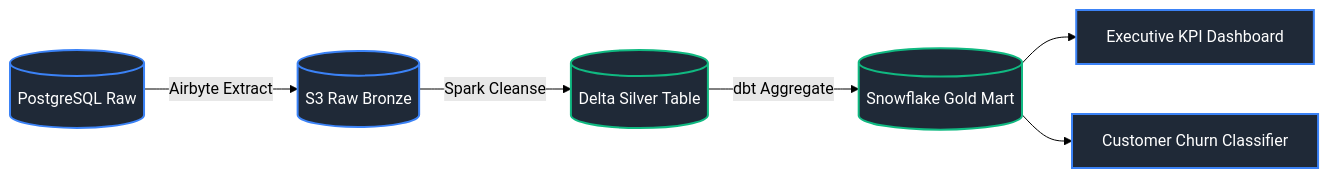
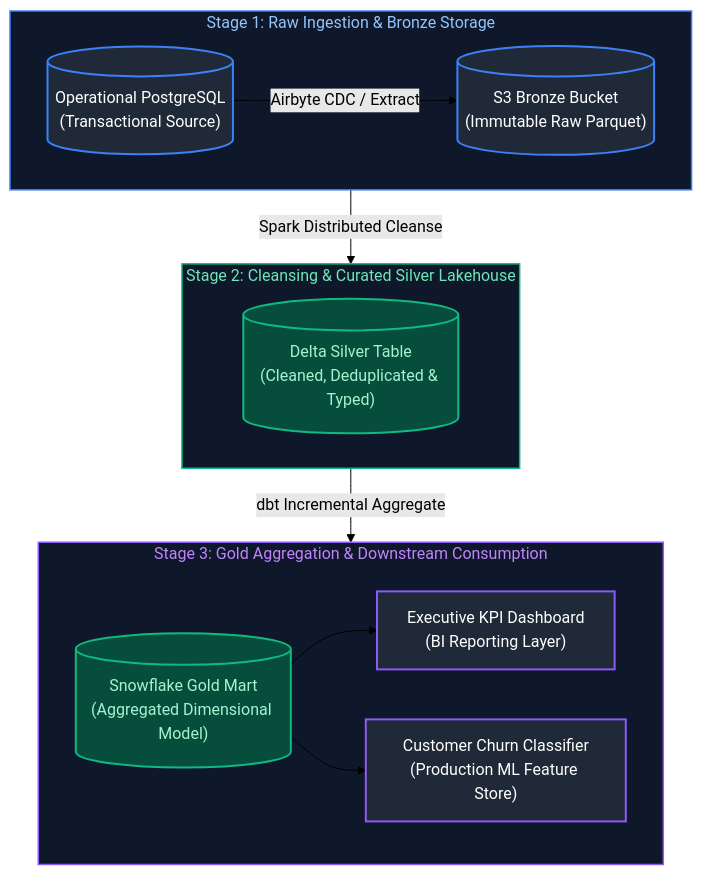
Diagram 20 of 22 in Data Engineering/06_data_architecture_and_modeling.md (joydeep-biswas/Interview-Preparation), drawn with Mermaid (forest theme) before and after one commit. The commit also changed other lines of this file and 76 other files, not shown here.

Commit message:
Updated Charts

````diff
--- a/Data Engineering/06_data_architecture_and_modeling.md
+++ b/Data Engineering/06_data_architecture_and_modeling.md
@@ -1042,15 +1065,32 @@
 ```mermaid
-flowchart LR
-    SourceDB[(PostgreSQL Raw)] -->|Airbyte Extract| S3Raw[(S3 Raw Bronze)]
-    S3Raw -->|Spark Cleanse| DeltaSilver[(Delta Silver Table)]
-    DeltaSilver -->|dbt Aggregate| GoldMart[(Snowflake Gold Mart)]
-    GoldMart --> Tableau[Executive KPI Dashboard]
-    GoldMart --> MLModel[Customer Churn Classifier]
+flowchart TD
+    subgraph Stage1 ["Stage 1: Raw Ingestion & Bronze Storage"]
+        direction LR
+        SourceDB[("Operational PostgreSQL<br/>(Transactional Source)")] -->|"Airbyte CDC / Extract"| S3Raw[("S3 Bronze Bucket<br/>(Immutable Raw Parquet)")]
+    end
+
+    subgraph Stage2 ["Stage 2: Cleansing & Curated Silver Lakehouse"]
+        direction LR
+        DeltaSilver[("Delta Silver Table<br/>(Cleaned, Deduplicated & Typed)")]
+    end
+
+    subgraph Stage3 ["Stage 3: Gold Aggregation & Downstream Consumption"]
+        direction LR
+        GoldMart[("Snowflake Gold Mart<br/>(Aggregated Dimensional Model)")] --> Tableau["Executive KPI Dashboard<br/>(BI Reporting Layer)"]
+        GoldMart --> MLModel["Customer Churn Classifier<br/>(Production ML Feature Store)"]
+    end
+
+    S3Raw -->|"Spark Distributed Cleanse"| DeltaSilver
+    DeltaSilver -->|"dbt Incremental Aggregate"| GoldMart
+
+    style Stage1 fill:#0f172a,stroke:#3b82f6,stroke-width:1.5px,color:#93c5fd
+    style Stage2 fill:#0f172a,stroke:#10b981,stroke-width:1.5px,color:#6ee7b7
+    style Stage3 fill:#0f172a,stroke:#8b5cf6,stroke-width:1.5px,color:#c084fc
 
     style SourceDB fill:#1f2937,stroke:#3b82f6,stroke-width:2px,color:#fff
     style S3Raw fill:#1f2937,stroke:#3b82f6,stroke-width:2px,color:#fff
-    style DeltaSilver fill:#1f2937,stroke:#10b981,stroke-width:2px,color:#fff
-    style GoldMart fill:#1f2937,stroke:#10b981,stroke-width:2px,color:#fff
-    style Tableau fill:#1f2937,stroke:#3b82f6,stroke-width:2px,color:#fff
-    style MLModel fill:#1f2937,stroke:#3b82f6,stroke-width:2px,color:#fff
+    style DeltaSilver fill:#064e3b,stroke:#10b981,stroke-width:2px,color:#a7f3d0
+    style GoldMart fill:#064e3b,stroke:#10b981,stroke-width:2px,color:#a7f3d0
+    style Tableau fill:#1f2937,stroke:#8b5cf6,stroke-width:2px,color:#fff
+    style MLModel fill:#1f2937,stroke:#8b5cf6,stroke-width:2px,color:#fff
 ```
````
